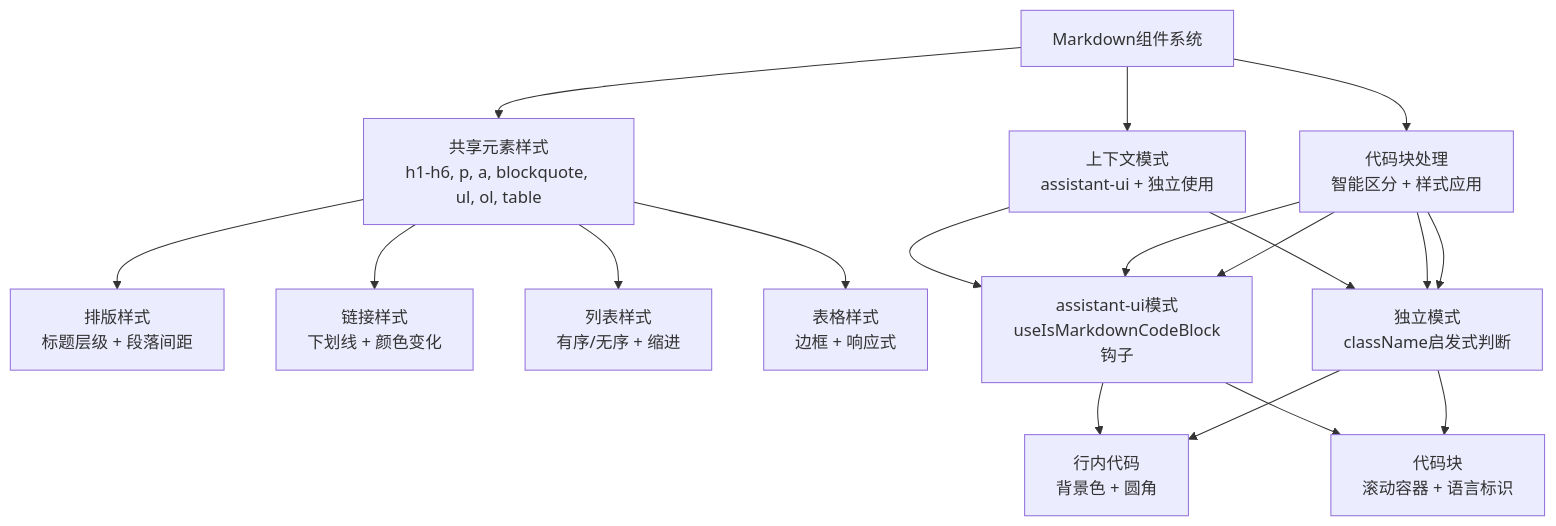
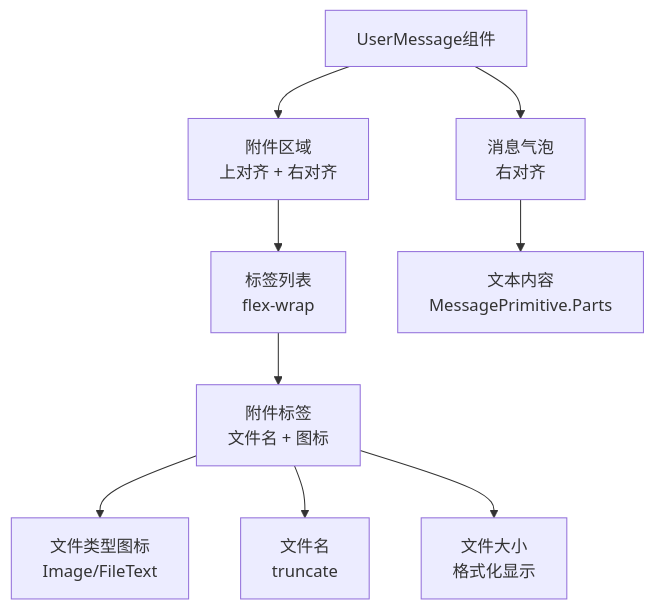
One commit to verse-ai-org/openclaw changed the fourth of 12 diagrams in .qoder/repowiki/zh/content/Web界面/WebChat界面/WebChat界面.md. Above: the diagram before and after it, drawn with Mermaid. The commit also changed other lines of this file and 7 other files, not shown here.

````diff
--- a/.qoder/repowiki/zh/content/Web界面/WebChat界面/WebChat界面.md
+++ b/.qoder/repowiki/zh/content/Web界面/WebChat界面/WebChat界面.md
@@ -252,16 +261,11 @@
 ```mermaid
 flowchart TD
-MarkdownSystem["Markdown组件系统"] --> SharedStyles["共享元素样式<br/>h1-h6, p, a, blockquote, ul, ol, table"]
-MarkdownSystem --> ContextModes["上下文模式<br/>assistant-ui + 独立使用"]
-MarkdownSystem --> CodeHandling["代码块处理<br/>智能区分 + 样式应用"]
-SharedStyles --> Typography["排版样式<br/>标题层级 + 段落间距"]
-SharedStyles --> Links["链接样式<br/>下划线 + 颜色变化"]
-SharedStyles --> Lists["列表样式<br/>有序/无序 + 缩进"]
-SharedStyles --> Tables["表格样式<br/>边框 + 响应式"]
-ContextModes --> AssistantUI["assistant-ui模式<br/>useIsMarkdownCodeBlock钩子"]
-ContextModes --> PlainMode["独立模式<br/>className启发式判断"]
-CodeHandling --> AssistantUI --> InlineCode["行内代码<br/>背景色 + 圆角"]
-CodeHandling --> AssistantUI --> BlockCode["代码块<br/>滚动容器 + 语言标识"]
-CodeHandling --> PlainMode --> InlineCode
-CodeHandling --> PlainMode --> BlockCode
+UserMessage["UserMessage组件"] --> MessageBubble["消息气泡<br/>右对齐"]
+UserMessage --> Attachments["附件区域<br/>上对齐 + 右对齐"]
+Attachments --> TagList["标签列表<br/>flex-wrap"]
+TagList --> Tag["附件标签<br/>文件名 + 图标"]
+Tag --> FileTypeIcon["文件类型图标<br/>Image/FileText"]
+Tag --> FileName["文件名<br/>truncate"]
+Tag --> FileSize["文件大小<br/>格式化显示"]
+MessageBubble --> TextContent["文本内容<br/>MessagePrimitive.Parts"]
 ```
````
